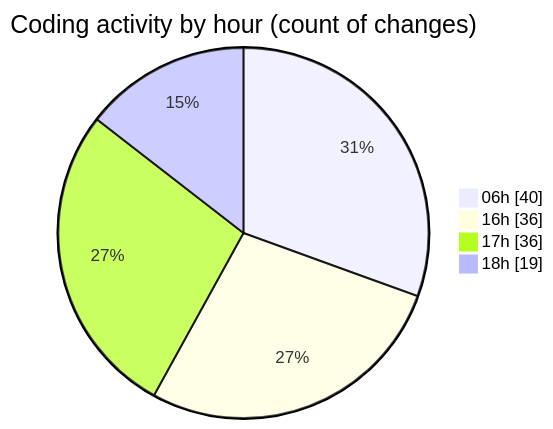
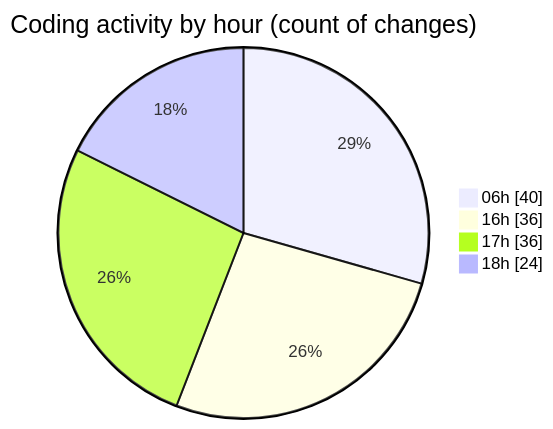
One commit to charlie-sans/code-tracking changed the second of 2 diagrams in 2025-02-25/micros/README.md. Above: the diagram before and after it, drawn with Mermaid. The commit also changed other lines of this file and 1 other file, not shown here.

````diff
--- a/2025-02-25/micros/README.md
+++ b/2025-02-25/micros/README.md
@@ -71,8 +72,8 @@
 ```mermaid
 pie showData
 title Coding activity by hour (count of changes)
 "06h" : 40
 "16h" : 36
 "17h" : 36
-"18h" : 19
+"18h" : 24
 ```
````
